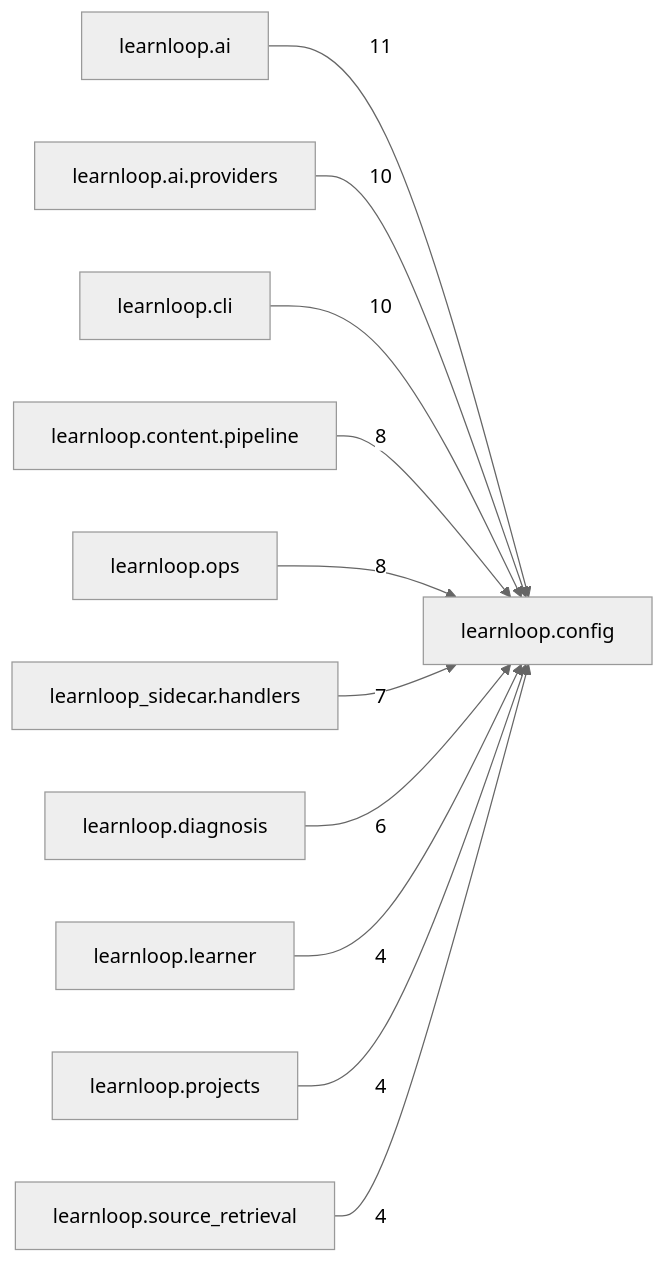
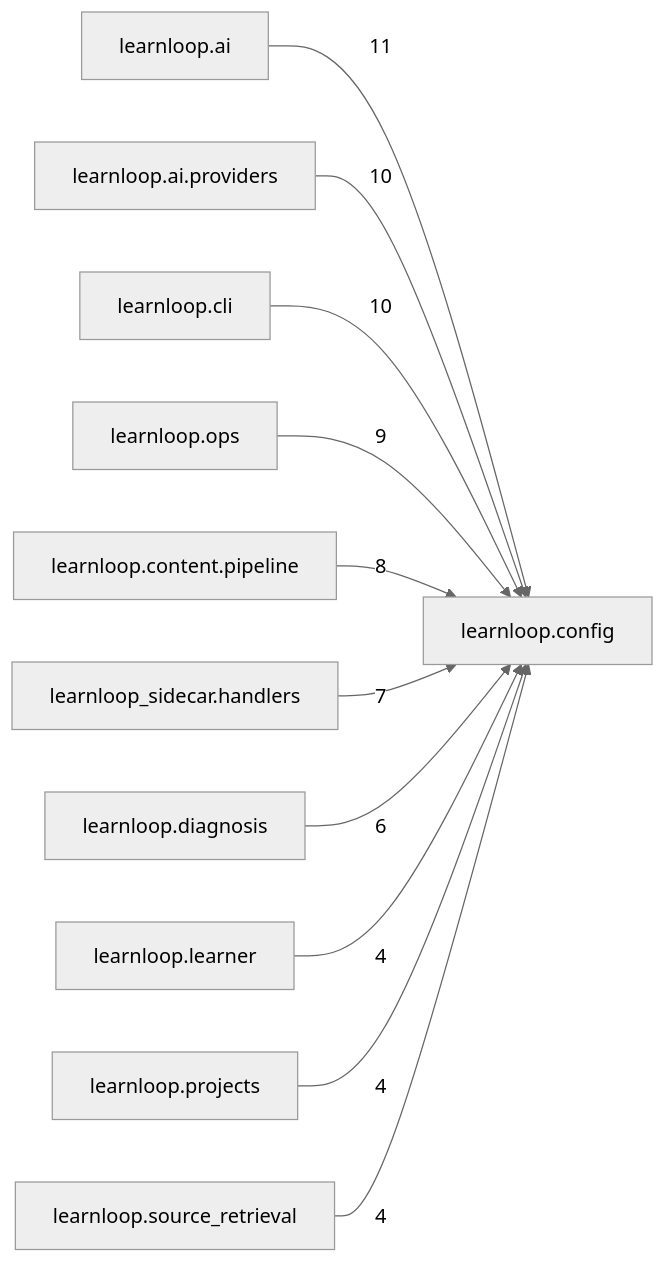
Before and after one commit to 6up-b/learnanything: the diagram in docs/learnloop-architecture-vault/Reference/Modules/learnloop/config/_package.md, drawn with Mermaid (neutral theme). The commit also changed other lines of this file and 41 other files, not shown here.

````diff
--- a/docs/learnloop-architecture-vault/Reference/Modules/learnloop/config/_package.md
+++ b/docs/learnloop-architecture-vault/Reference/Modules/learnloop/config/_package.md
@@ -108,24 +108,24 @@
 ```mermaid
 flowchart LR
     center["learnloop.config"]
     n_learnloop_ai["learnloop.ai"]
     n_learnloop_ai_providers["learnloop.ai.providers"]
     n_learnloop_cli["learnloop.cli"]
+    n_learnloop_ops["learnloop.ops"]
     n_learnloop_content_pipeline["learnloop.content.pipeline"]
-    n_learnloop_ops["learnloop.ops"]
     n_learnloop_sidecar_handlers["learnloop_sidecar.handlers"]
     n_learnloop_diagnosis["learnloop.diagnosis"]
     n_learnloop_learner["learnloop.learner"]
     n_learnloop_projects["learnloop.projects"]
     n_learnloop_source_retrieval["learnloop.source_retrieval"]
     n_learnloop_ai -->|11| center
     n_learnloop_ai_providers -->|10| center
     n_learnloop_cli -->|10| center
+    n_learnloop_ops -->|9| center
     n_learnloop_content_pipeline -->|8| center
-    n_learnloop_ops -->|8| center
     n_learnloop_sidecar_handlers -->|7| center
     n_learnloop_diagnosis -->|6| center
     n_learnloop_learner -->|4| center
     n_learnloop_projects -->|4| center
     n_learnloop_source_retrieval -->|4| center
 ```
````
